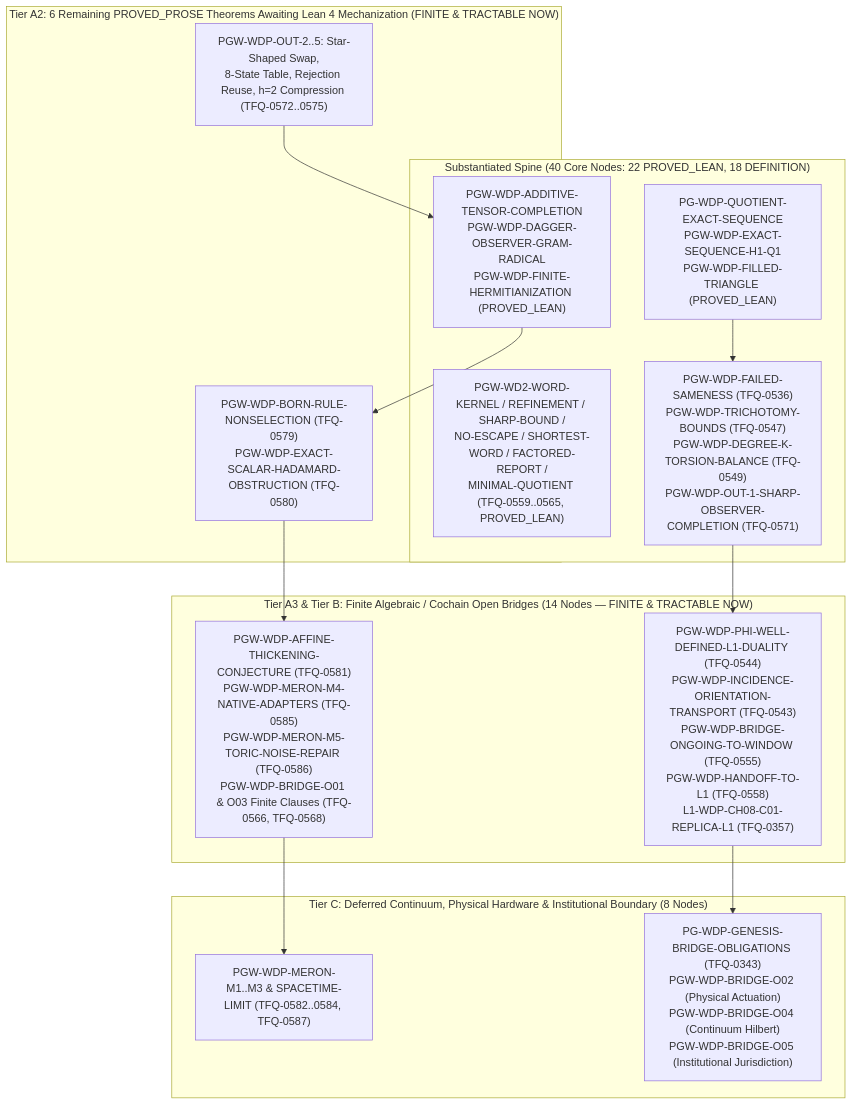
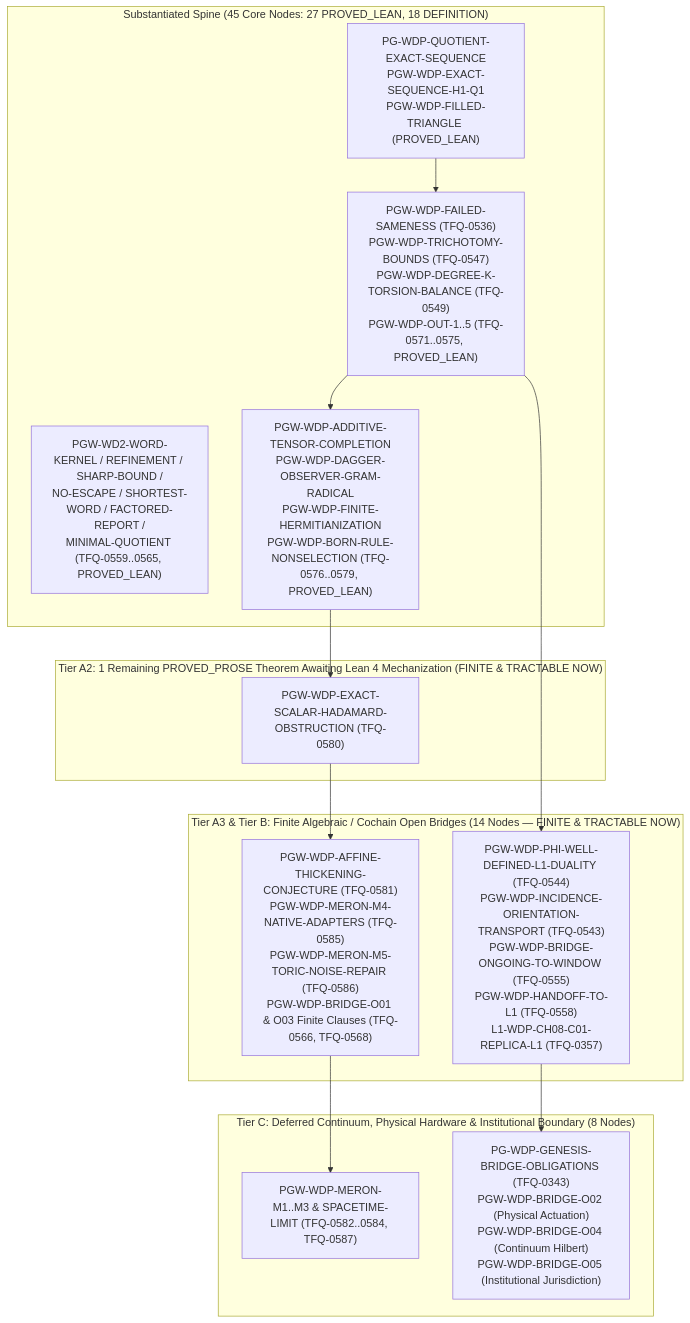
Before and after one commit to dbccpage/theory_of_finite_quantum_mechanics: the diagram in dag/WDP_DERIVATION_DAG.md, drawn with Mermaid. The commit also changed other lines of this file and 16 other files, not shown here.

Commit message:
feat(wdp): complete Batch 3 Lean 4 derivations (TFQ-0572..0575, TFQ-0579)

````diff
--- a/dag/WDP_DERIVATION_DAG.md
+++ b/dag/WDP_DERIVATION_DAG.md
@@ -29,29 +29,28 @@
 ```mermaid
 flowchart TD
-    subgraph S_DONE["Substantiated Spine (40 Core Nodes: 22 PROVED_LEAN, 18 DEFINITION)"]
+    subgraph S_DONE["Substantiated Spine (45 Core Nodes: 27 PROVED_LEAN, 18 DEFINITION)"]
         WDP_CORE["PG-WDP-QUOTIENT-EXACT-SEQUENCE<br/>PGW-WDP-EXACT-SEQUENCE-H1-Q1<br/>PGW-WDP-FILLED-TRIANGLE (PROVED_LEAN)"]
         WD2_T1["PGW-WD2-WORD-KERNEL / REFINEMENT / SHARP-BOUND /<br/>NO-ESCAPE / SHORTEST-WORD / FACTORED-REPORT /<br/>MINIMAL-QUOTIENT (TFQ-0559..0565, PROVED_LEAN)"]
-        WDP_B2["PGW-WDP-FAILED-SAMENESS (TFQ-0536)<br/>PGW-WDP-TRICHOTOMY-BOUNDS (TFQ-0547)<br/>PGW-WDP-DEGREE-K-TORSION-BALANCE (TFQ-0549)<br/>PGW-WDP-OUT-1-SHARP-OBSERVER-COMPLETION (TFQ-0571)"]
-        QM_SPINE["PGW-WDP-ADDITIVE-TENSOR-COMPLETION<br/>PGW-WDP-DAGGER-OBSERVER-GRAM-RADICAL<br/>PGW-WDP-FINITE-HERMITIANIZATION (PROVED_LEAN)"]
+        WDP_B2["PGW-WDP-FAILED-SAMENESS (TFQ-0536)<br/>PGW-WDP-TRICHOTOMY-BOUNDS (TFQ-0547)<br/>PGW-WDP-DEGREE-K-TORSION-BALANCE (TFQ-0549)<br/>PGW-WDP-OUT-1..5 (TFQ-0571..0575, PROVED_LEAN)"]
+        QM_SPINE["PGW-WDP-ADDITIVE-TENSOR-COMPLETION<br/>PGW-WDP-DAGGER-OBSERVER-GRAM-RADICAL<br/>PGW-WDP-FINITE-HERMITIANIZATION<br/>PGW-WDP-BORN-RULE-NONSELECTION (TFQ-0576..0579, PROVED_LEAN)"]
     end
 
-    subgraph S_TIER_A2["Tier A2: 6 Remaining PROVED_PROSE Theorems Awaiting Lean 4 Mechanization (FINITE & TRACTABLE NOW)"]
-        WDP_OUT_2_5["PGW-WDP-OUT-2..5: Star-Shaped Swap,<br/>8-State Table, Rejection Reuse, h=2 Compression (TFQ-0572..0575)"]
-        WDP_QM_PROSE["PGW-WDP-BORN-RULE-NONSELECTION (TFQ-0579)<br/>PGW-WDP-EXACT-SCALAR-HADAMARD-OBSTRUCTION (TFQ-0580)"]
+    subgraph S_TIER_A2["Tier A2: 1 Remaining PROVED_PROSE Theorem Awaiting Lean 4 Mechanization (FINITE & TRACTABLE NOW)"]
+        WDP_QM_PROSE["PGW-WDP-EXACT-SCALAR-HADAMARD-OBSTRUCTION (TFQ-0580)"]
     end
 
     subgraph S_TIER_B["Tier A3 & Tier B: Finite Algebraic / Cochain Open Bridges (14 Nodes — FINITE & TRACTABLE NOW)"]
         FIN_BRIDGES["PGW-WDP-PHI-WELL-DEFINED-L1-DUALITY (TFQ-0544)<br/>PGW-WDP-INCIDENCE-ORIENTATION-TRANSPORT (TFQ-0543)<br/>PGW-WDP-BRIDGE-ONGOING-TO-WINDOW (TFQ-0555)<br/>PGW-WDP-HANDOFF-TO-L1 (TFQ-0558)<br/>L1-WDP-CH08-C01-REPLICA-L1 (TFQ-0357)"]
         FIN_TARGETS["PGW-WDP-AFFINE-THICKENING-CONJECTURE (TFQ-0581)<br/>PGW-WDP-MERON-M4-NATIVE-ADAPTERS (TFQ-0585)<br/>PGW-WDP-MERON-M5-TORIC-NOISE-REPAIR (TFQ-0586)<br/>PGW-WDP-BRIDGE-O01 & O03 Finite Clauses (TFQ-0566, TFQ-0568)"]
     end
 
     subgraph S_DEFERRED["Tier C: Deferred Continuum, Physical Hardware & Institutional Boundary (8 Nodes)"]
         CONT_MERON["PGW-WDP-MERON-M1..M3 & SPACETIME-LIMIT (TFQ-0582..0584, TFQ-0587)"]
         EXT_BRIDGES["PG-WDP-GENESIS-BRIDGE-OBLIGATIONS (TFQ-0343)<br/>PGW-WDP-BRIDGE-O02 (Physical Actuation)<br/>PGW-WDP-BRIDGE-O04 (Continuum Hilbert)<br/>PGW-WDP-BRIDGE-O05 (Institutional Jurisdiction)"]
     end
 
     WDP_CORE --> WDP_B2 --> FIN_BRIDGES
-    WDP_OUT_2_5 --> QM_SPINE --> WDP_QM_PROSE --> FIN_TARGETS
+    WDP_B2 --> QM_SPINE --> WDP_QM_PROSE --> FIN_TARGETS
     FIN_TARGETS --> CONT_MERON
     FIN_BRIDGES --> EXT_BRIDGES
 ```
````
